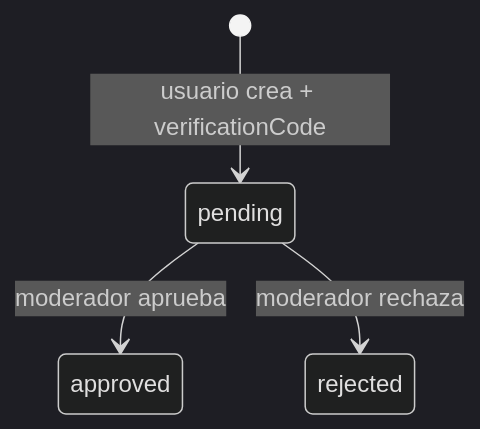
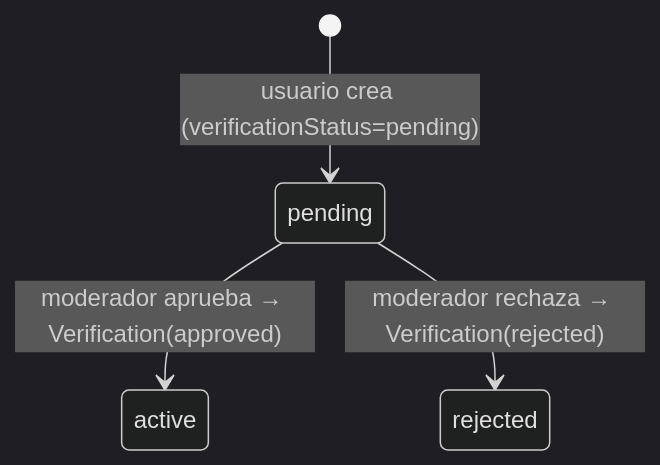
The first of 2 diagrams in docs/obsidian/Estados y ciclos de vida de un Punto.md (santigou/ayudaporcolombia), drawn with Mermaid (dark theme) before and after one commit. The commit also changed other lines of this file and 62 other files, not shown here.

````diff
--- a/docs/obsidian/Estados y ciclos de vida de un Punto.md
+++ b/docs/obsidian/Estados y ciclos de vida de un Punto.md
@@ -30,6 +31,6 @@
 ```mermaid
 stateDiagram-v2
-    [*] --> pending: usuario crea + verificationCode
-    pending --> approved: moderador aprueba
-    pending --> rejected: moderador rechaza
+    [*] --> pending: usuario crea (verificationStatus=pending)
+    pending --> active: moderador aprueba → Verification(approved)
+    pending --> rejected: moderador rechaza → Verification(rejected)
 ```
````
